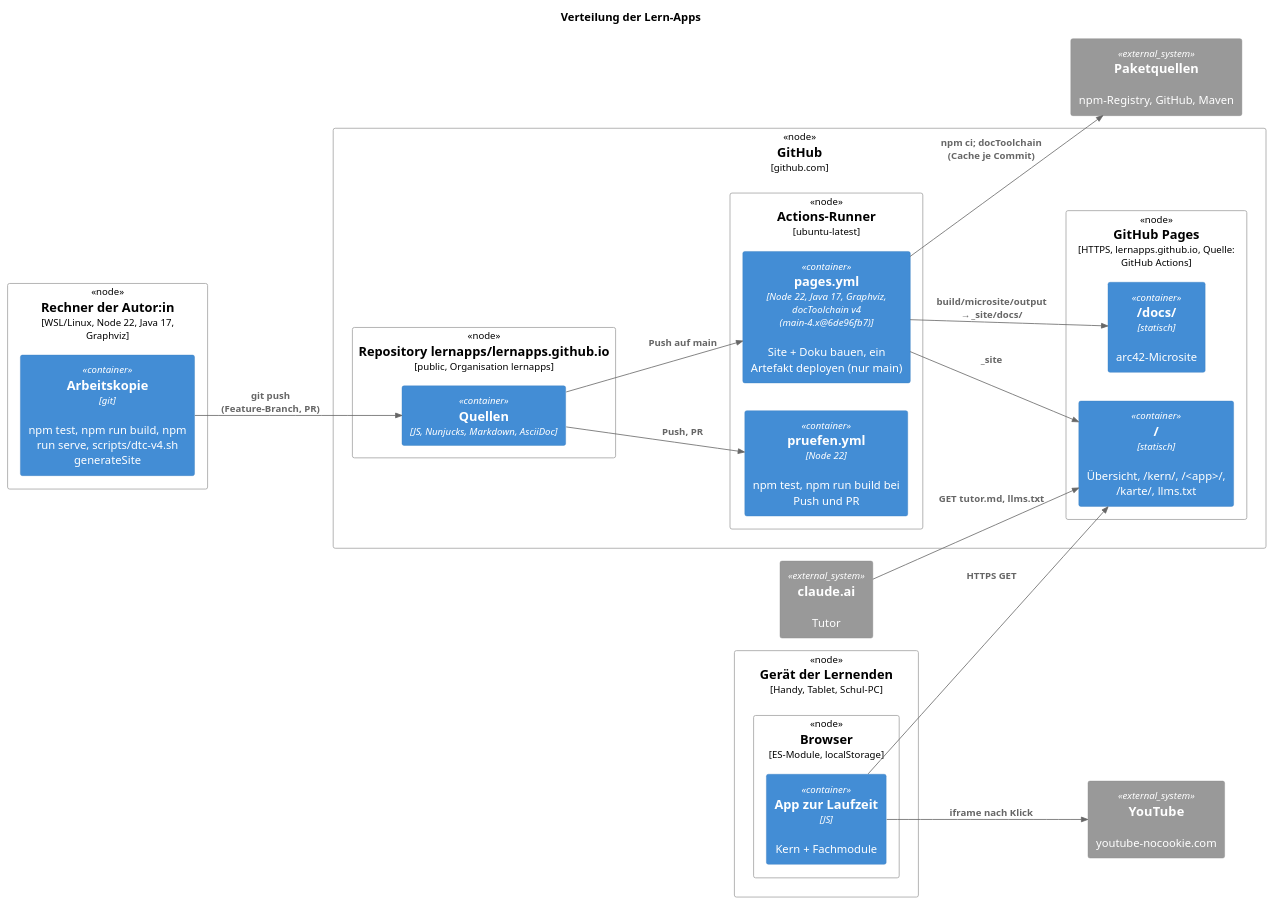
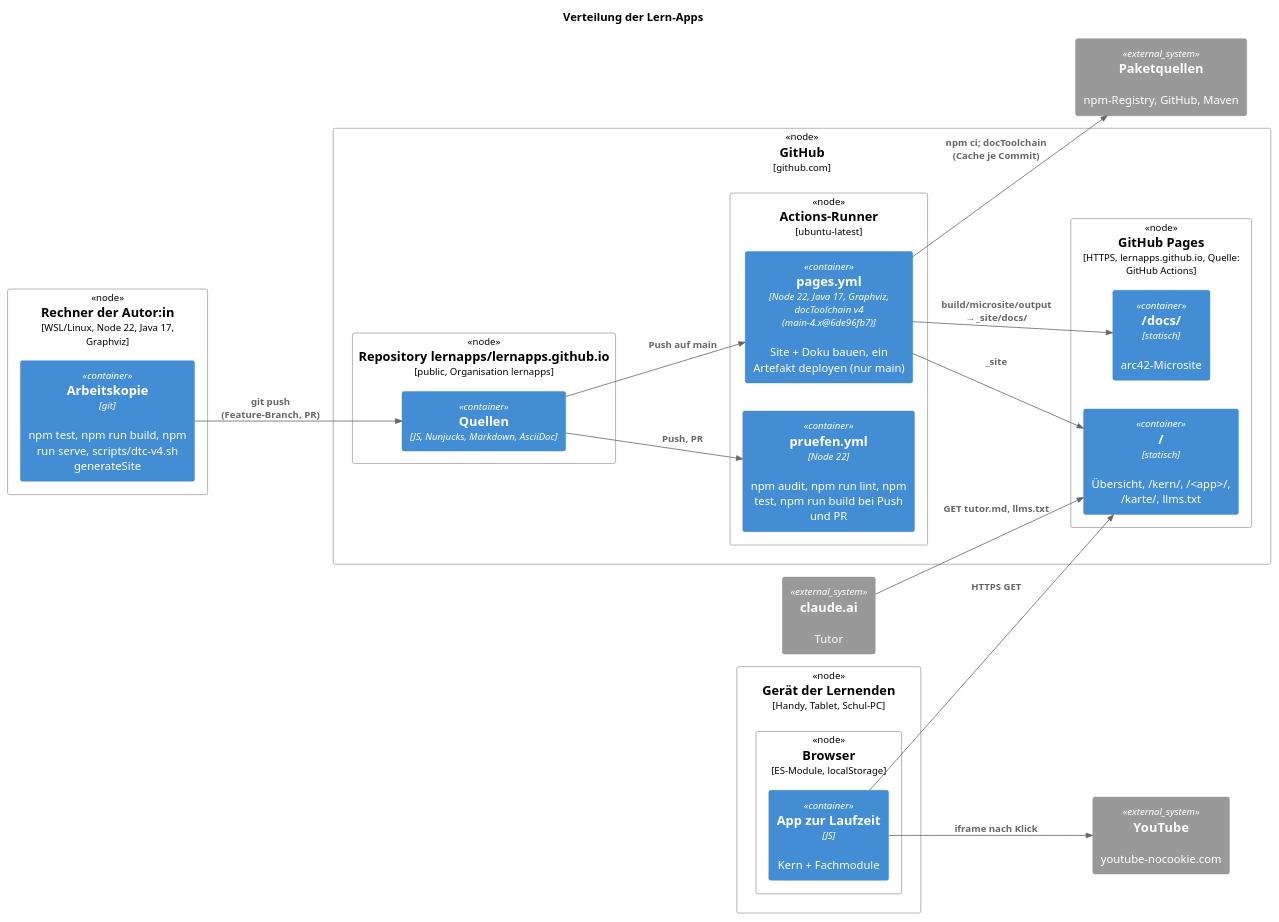
Before and after one commit to lernapps/lernapps.github.io: the diagram in src/docs/arc42/chapters/07_deployment_view.adoc, drawn with PlantUML. The commit also changed other lines of this file and 2 other files, not shown here.

Commit message:
ci: run ESLint in required check test-und-build (#21)
Adds npm run lint to pruefen.yml and documents lint and audit as part
of the required check in CLAUDE.md and arc42 chapter 7.

```diff
--- a/src/docs/arc42/chapters/07_deployment_view.adoc
+++ b/src/docs/arc42/chapters/07_deployment_view.adoc
@@ -21,43 +21,43 @@
 [plantuml, target=verteilung, format=svg]
 ....
 @startuml
 !include <C4/C4_Deployment>
 LAYOUT_LEFT_RIGHT()
 title Verteilung der Lern-Apps
 
 Deployment_Node(dev, "Rechner der Autor:in", "WSL/Linux, Node 22, Java 17, Graphviz") {
   Container(clone, "Arbeitskopie", "git", "npm test, npm run build, npm run serve, scripts/dtc-v4.sh generateSite")
 }
 Deployment_Node(gh, "GitHub", "github.com") {
   Deployment_Node(repo, "Repository lernapps/lernapps.github.io", "public, Organisation lernapps") {
     Container(src, "Quellen", "JS, Nunjucks, Markdown, AsciiDoc")
   }
   Deployment_Node(runner, "Actions-Runner", "ubuntu-latest") {
-    Container(ci, "pruefen.yml", "Node 22", "npm test, npm run build bei Push und PR")
+    Container(ci, "pruefen.yml", "Node 22", "npm audit, npm run lint, npm test, npm run build bei Push und PR")
     Container(deploy, "pages.yml", "Node 22, Java 17, Graphviz, docToolchain v4 (main-4.x@6de96fb7)", "Site + Doku bauen, ein Artefakt deployen (nur main)")
   }
   Deployment_Node(ghpages, "GitHub Pages", "HTTPS, lernapps.github.io, Quelle: GitHub Actions") {
     Container(site, "/", "statisch", "Übersicht, /kern/, /<app>/, /karte/, llms.txt")
     Container(docs, "/docs/", "statisch", "arc42-Microsite")
   }
 }
 Deployment_Node(geraet, "Gerät der Lernenden", "Handy, Tablet, Schul-PC") {
   Deployment_Node(browser, "Browser", "ES-Module, localStorage") {
     Container(laufzeit, "App zur Laufzeit", "JS", "Kern + Fachmodule")
   }
 }
 System_Ext(claude, "claude.ai", "Tutor")
 System_Ext(yt, "YouTube", "youtube-nocookie.com")
 System_Ext(pakete, "Paketquellen", "npm-Registry, GitHub, Maven")
 
 Rel(clone, src, "git push (Feature-Branch, PR)")
 Rel(src, ci, "Push, PR")
 Rel(src, deploy, "Push auf main")
 Rel(deploy, pakete, "npm ci; docToolchain (Cache je Commit)")
 Rel(deploy, site, "_site")
 Rel(deploy, docs, "build/microsite/output → _site/docs/")
 Rel(laufzeit, site, "HTTPS GET")
 Rel(claude, site, "GET tutor.md, llms.txt")
 Rel(laufzeit, yt, "iframe nach Klick")
 @enduml
 ....
```
